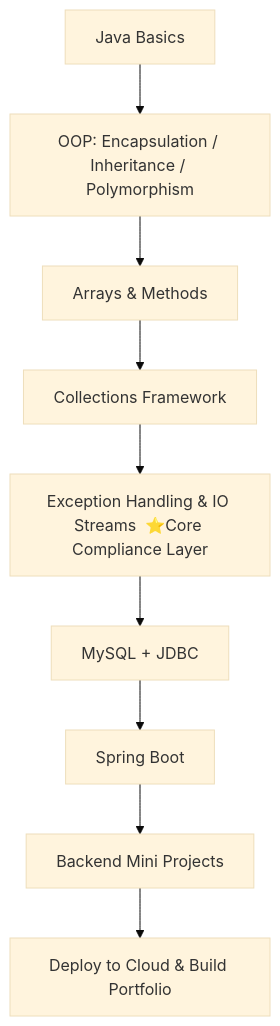
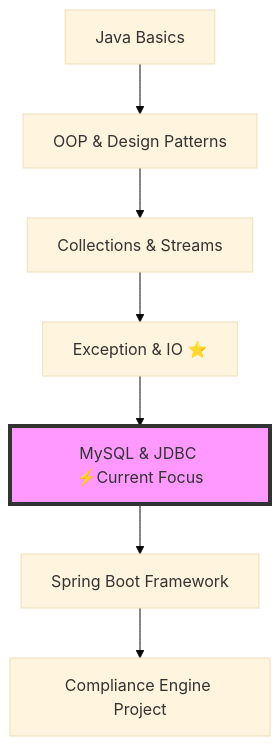
Before and after one commit to Wenjian-Liu/Compliance-Tech-Logic: the diagram in README.md, drawn with Mermaid (base theme). The commit also changed other lines of this file, not shown here.

````diff
--- a/README.md
+++ b/README.md
@@ -254,11 +278,11 @@
 ```mermaid
 graph TD;
-A[Java Basics] --> B[OOP: Encapsulation / Inheritance / Polymorphism]
-B --> C[Arrays & Methods]
-C --> D[Collections Framework]
-D --> E[Exception Handling & IO Streams  ⭐Core Compliance Layer]
-E --> F[MySQL + JDBC]
-F --> G[Spring Boot]
-G --> H[Backend Mini Projects]
-H --> I[Deploy to Cloud & Build Portfolio]
+    A[Java Basics] --> B[OOP & Design Patterns]
+    B --> C[Collections & Streams]
+    C --> D[Exception & IO ⭐]
+    D --> E[MySQL & JDBC ⚡Current Focus]
+    E --> F[Spring Boot Framework]
+    F --> G[Compliance Engine Project]
+    
+    style E fill:#f9f,stroke:#333,stroke-width:4px
 ```
````
